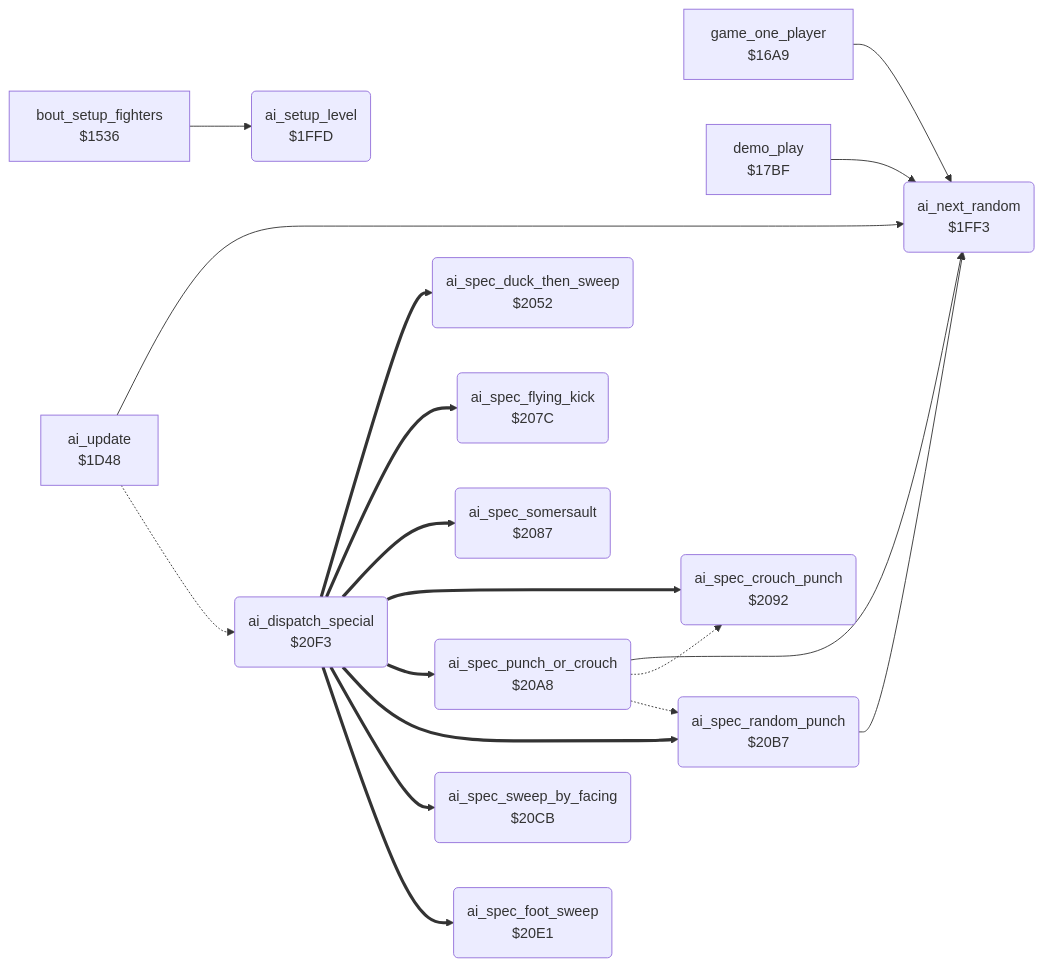
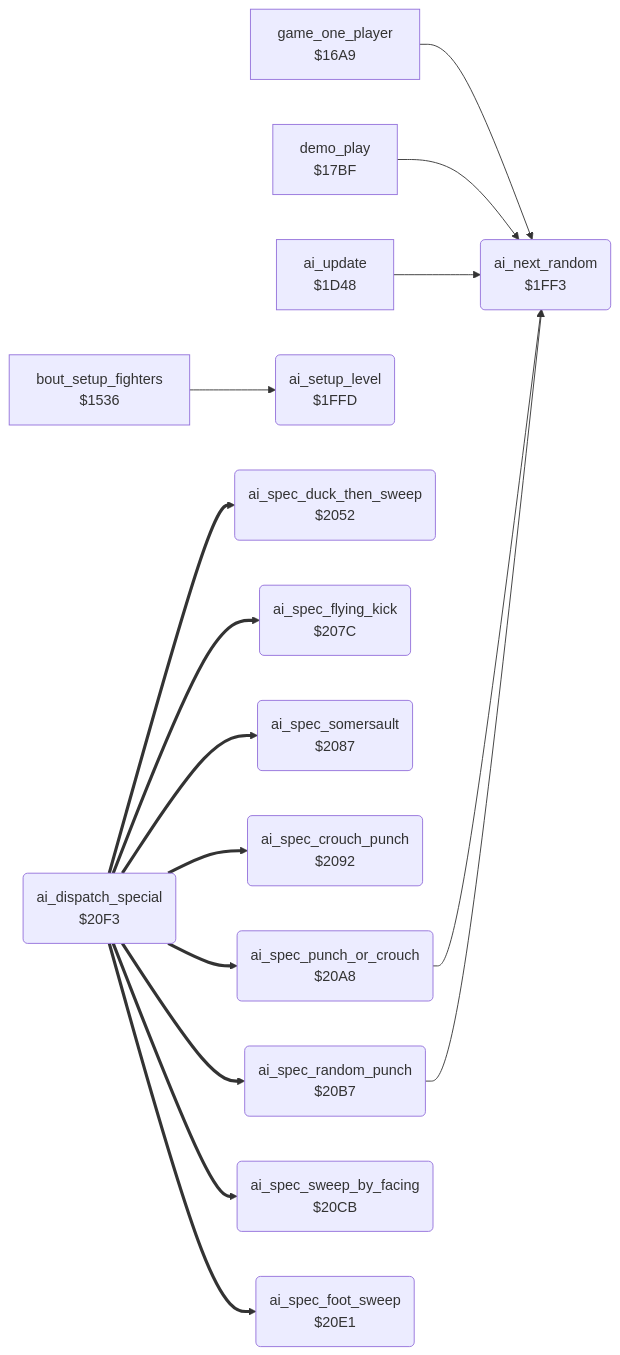
One commit to henols/c64_games changed the diagram in exploding_fist/v1/docs/reference/modules/ai/ai_opponent_1f8f.md. Above: the diagram before and after it, drawn with Mermaid. The commit also changed other lines of this file and 319 other files, not shown here.

````diff
--- a/exploding_fist/v1/docs/reference/modules/ai/ai_opponent_1f8f.md
+++ b/exploding_fist/v1/docs/reference/modules/ai/ai_opponent_1f8f.md
@@ -10,35 +30,32 @@
 ```mermaid
 flowchart LR
   n1536["bout_setup_fighters<br/>$1536"]
   n16a9["game_one_player<br/>$16A9"]
   n17bf["demo_play<br/>$17BF"]
   n1d48["ai_update<br/>$1D48"]
   n1ff3("ai_next_random<br/>$1FF3")
   n1ffd("ai_setup_level<br/>$1FFD")
   n2052("ai_spec_duck_then_sweep<br/>$2052")
   n207c("ai_spec_flying_kick<br/>$207C")
   n2087("ai_spec_somersault<br/>$2087")
   n2092("ai_spec_crouch_punch<br/>$2092")
   n20a8("ai_spec_punch_or_crouch<br/>$20A8")
   n20b7("ai_spec_random_punch<br/>$20B7")
   n20cb("ai_spec_sweep_by_facing<br/>$20CB")
   n20e1("ai_spec_foot_sweep<br/>$20E1")
   n20f3("ai_dispatch_special<br/>$20F3")
   n1536 --> n1ffd
   n16a9 --> n1ff3
   n17bf --> n1ff3
   n1d48 --> n1ff3
-  n1d48 -.-> n20f3
   n20a8 --> n1ff3
-  n20a8 -.-> n2092
-  n20a8 -.-> n20b7
   n20b7 --> n1ff3
   n20f3 ==> n2052
   n20f3 ==> n207c
   n20f3 ==> n2087
   n20f3 ==> n2092
   n20f3 ==> n20a8
   n20f3 ==> n20b7
   n20f3 ==> n20cb
   n20f3 ==> n20e1
 ```
````
